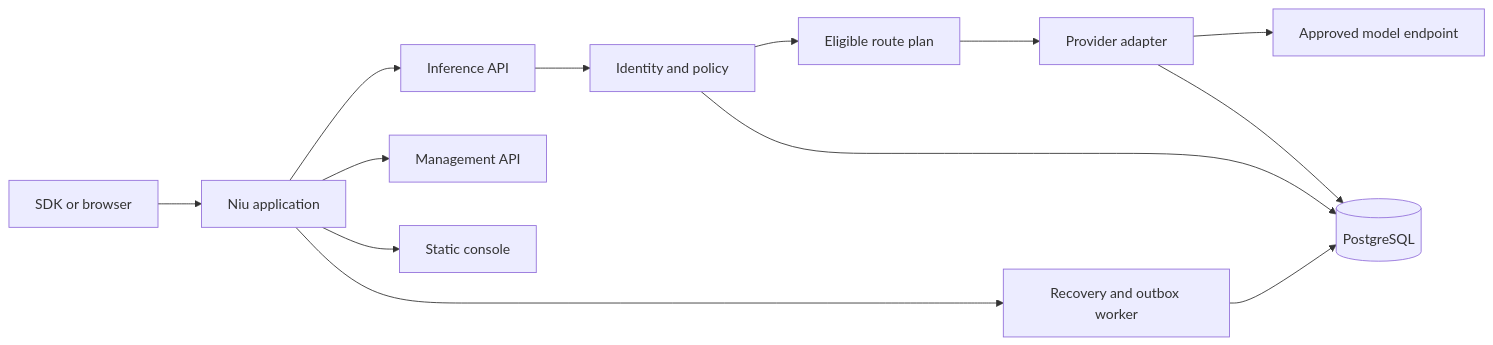
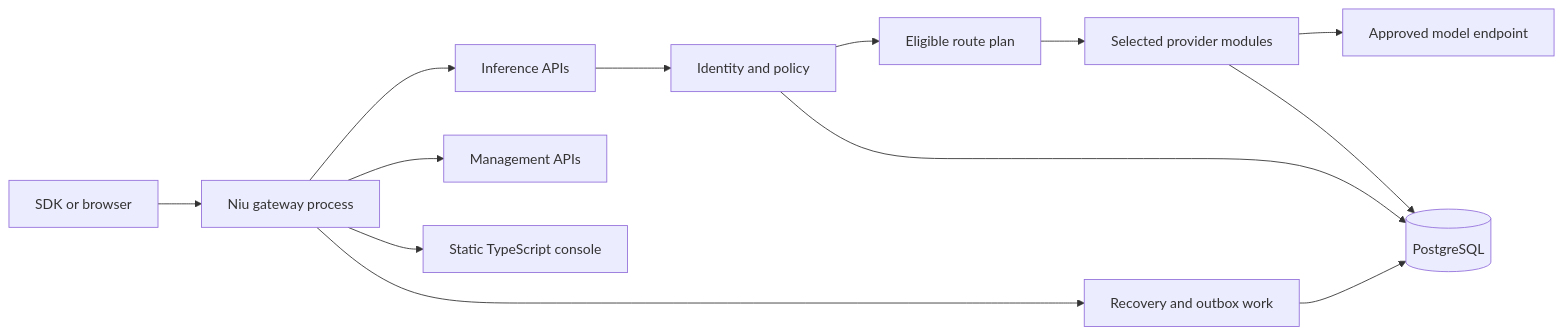
The diagram in ARCHITECTURE.md (niu-io/niu), drawn with Mermaid before and after one commit. The commit also changed other lines of this file and 435 other files, not shown here.

Commit message:
Implement initial gateway, management console, storage, SDKs and docs

````diff
--- a/ARCHITECTURE.md
+++ b/ARCHITECTURE.md
@@ -17,15 +34,15 @@
 ```mermaid
 flowchart LR
-    Client[SDK or browser] --> App[Niu application]
-    App --> Inference[Inference API]
-    App --> Management[Management API]
-    App --> Console[Static console]
-    App --> Worker[Recovery and outbox worker]
+    Client[SDK or browser] --> App[Niu gateway process]
+    App --> Inference[Inference APIs]
+    App --> Management[Management APIs]
+    App --> Console[Static TypeScript console]
+    App --> Worker[Recovery and outbox work]
     Inference --> Auth[Identity and policy]
     Auth --> Plan[Eligible route plan]
-    Plan --> Provider[Provider adapter]
+    Plan --> Provider[Selected provider modules]
     Provider --> Model[Approved model endpoint]
     Auth --> DB[(PostgreSQL)]
     Provider --> DB
     Worker --> DB
 ```
````
